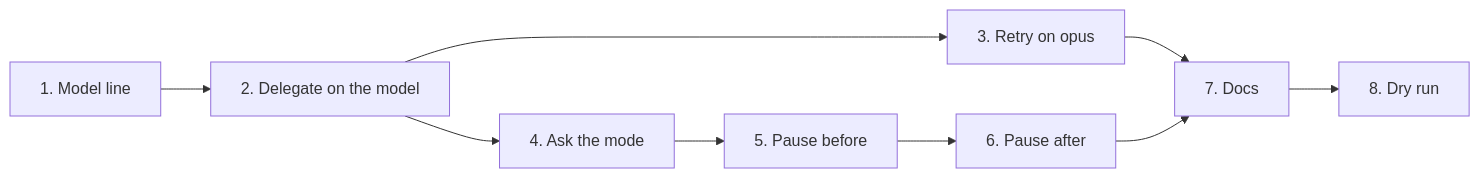
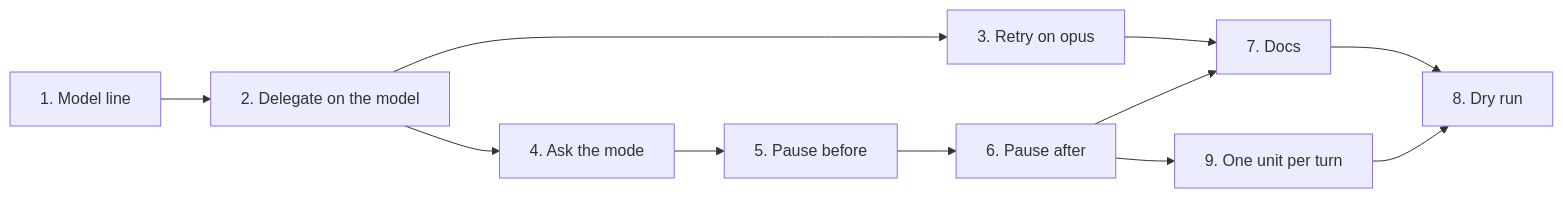
The diagram in docs/plans/2026-10-23-implement-modes.md (girijesh-ai/spec-driven-engineering), drawn with Mermaid before and after one commit. The commit also changed other lines of this file and 6 other files, not shown here.

First line of the commit message:
implement: code-journey writes one unit per turn; add journey-next-pauses eval

````diff
--- a/docs/plans/2026-10-23-implement-modes.md
+++ b/docs/plans/2026-10-23-implement-modes.md
@@ -29,10 +29,11 @@
 ```mermaid
 flowchart LR
     1[1. Model line] --> 2[2. Delegate on the model]
     2 --> 3[3. Retry on opus]
     2 --> 4[4. Ask the mode]
     4 --> 5[5. Pause before]
     5 --> 6[6. Pause after]
     3 & 6 --> 7[7. Docs]
-    7 --> 8[8. Dry run]
+    6 --> 9[9. One unit per turn]
+    7 & 9 --> 8[8. Dry run]
 ```
````
